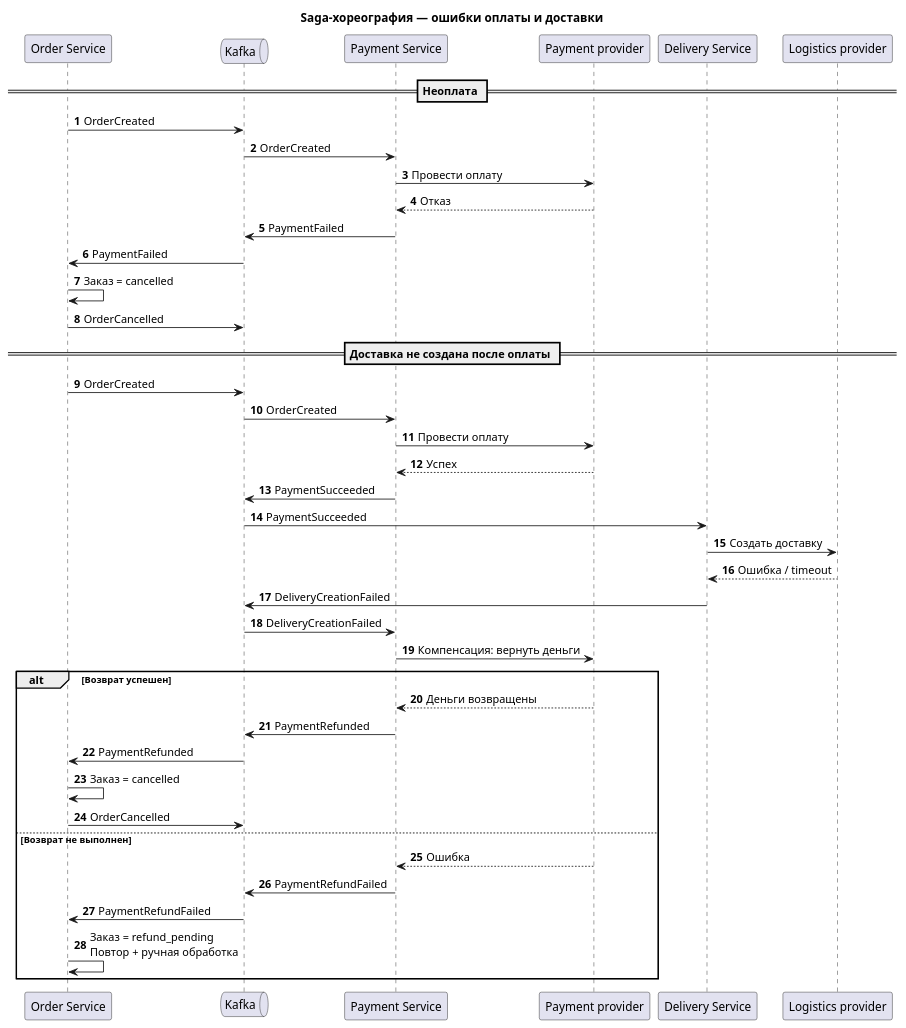
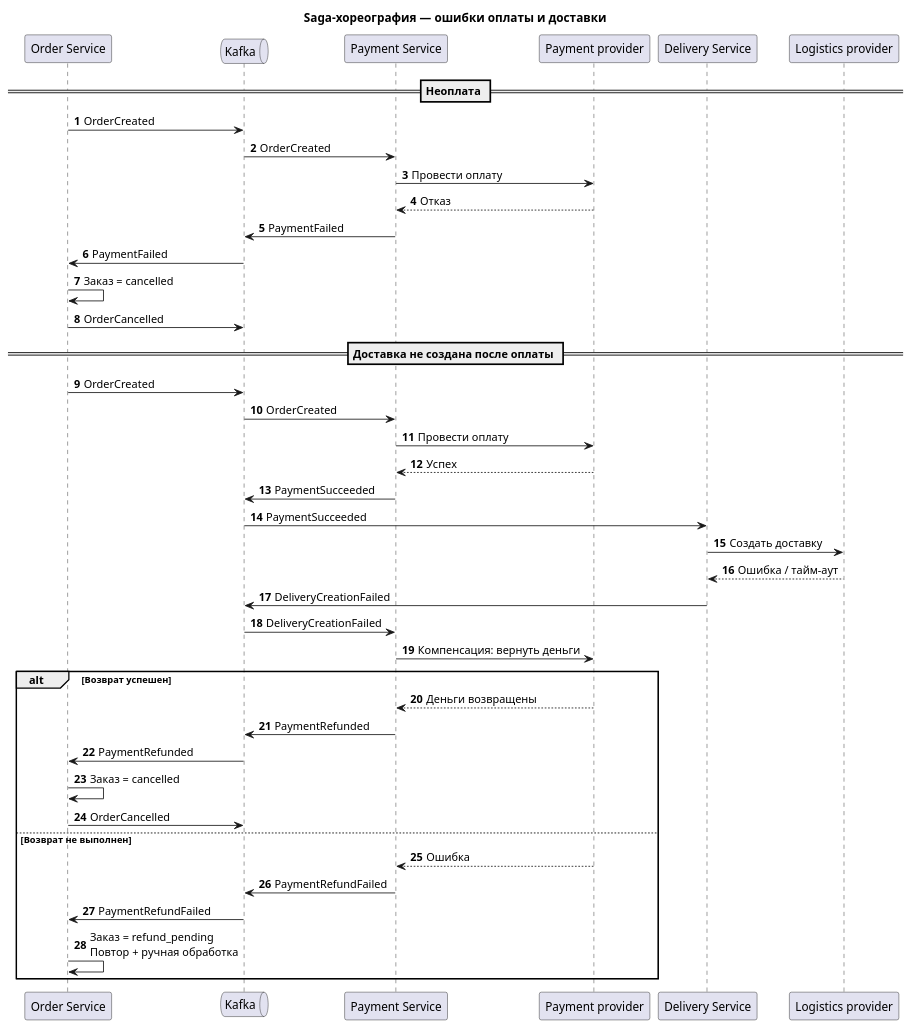
The diagram in Task1/saga-failures.puml (FFinn/MSA-3-NovaMarket-v1), drawn with PlantUML before and after one commit. The commit also changed 14 other files, not shown here.

```diff
--- a/Task1/saga-failures.puml
+++ b/Task1/saga-failures.puml
@@ -1,45 +1,45 @@
 @startuml
 title Saga-хореография — ошибки оплаты и доставки
 autonumber
 participant "Order Service" as O
 queue Kafka as K
 participant "Payment Service" as P
 participant "Payment provider" as PP
 participant "Delivery Service" as D
 participant "Logistics provider" as LP
 
 == Неоплата ==
 O -> K: OrderCreated
 K -> P: OrderCreated
 P -> PP: Провести оплату
 PP --> P: Отказ
 P -> K: PaymentFailed
 K -> O: PaymentFailed
 O -> O: Заказ = cancelled
 O -> K: OrderCancelled
 
 == Доставка не создана после оплаты ==
 O -> K: OrderCreated
 K -> P: OrderCreated
 P -> PP: Провести оплату
 PP --> P: Успех
 P -> K: PaymentSucceeded
 K -> D: PaymentSucceeded
 D -> LP: Создать доставку
-LP --> D: Ошибка / timeout
+LP --> D: Ошибка / тайм-аут
 D -> K: DeliveryCreationFailed
 K -> P: DeliveryCreationFailed
 P -> PP: Компенсация: вернуть деньги
 alt Возврат успешен
   PP --> P: Деньги возвращены
   P -> K: PaymentRefunded
   K -> O: PaymentRefunded
   O -> O: Заказ = cancelled
   O -> K: OrderCancelled
 else Возврат не выполнен
   PP --> P: Ошибка
   P -> K: PaymentRefundFailed
   K -> O: PaymentRefundFailed
   O -> O: Заказ = refund_pending\nПовтор + ручная обработка
 end
 @enduml
```
